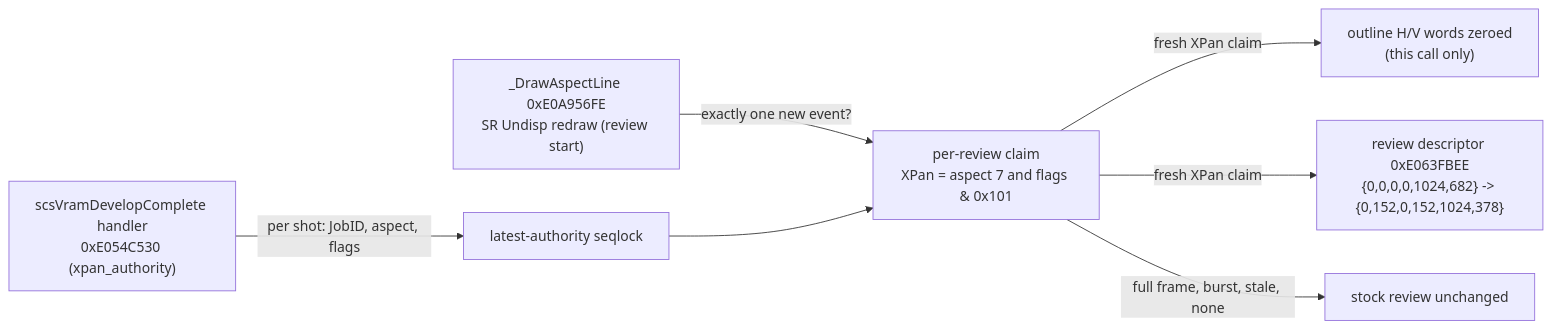
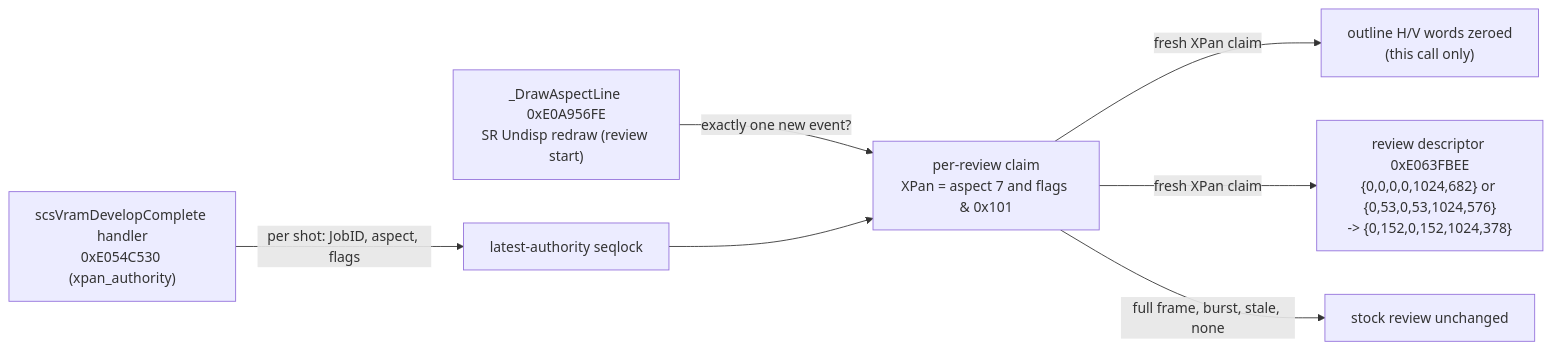
Before and after one commit to WhiteAvocad0/canon-r5-mod: the second of 3 diagrams in docs/xpan.md, drawn with Mermaid. The commit also changed other lines of this file and 18 other files, not shown here.

First line of the commit message:
chore(release): v0.3.1-preview.1, the JPEG-only XPan review fix (#36)

````diff
--- a/docs/xpan.md
+++ b/docs/xpan.md
@@ -69,9 +70,9 @@
 ```mermaid
 flowchart LR
     Job["scsVramDevelopComplete handler<br/>0xE054C530 (xpan_authority)"] -->|"per shot: JobID, aspect, flags"| Latest["latest-authority seqlock"]
     Start["_DrawAspectLine 0xE0A956FE<br/>SR Undisp redraw (review start)"] -->|"exactly one new event?"| Claim["per-review claim<br/>XPan = aspect 7 and flags & 0x101"]
     Latest --> Claim
     Claim -->|"fresh XPan claim"| Hide["outline H/V words zeroed<br/>(this call only)"]
-    Claim -->|"fresh XPan claim"| Crop["review descriptor 0xE063FBEE<br/>{0,0,0,0,1024,682} -> {0,152,0,152,1024,378}"]
+    Claim -->|"fresh XPan claim"| Crop["review descriptor 0xE063FBEE<br/>{0,0,0,0,1024,682} or {0,53,0,53,1024,576}<br/>-> {0,152,0,152,1024,378}"]
     Claim -->|"full frame, burst, stale, none"| Stock["stock review unchanged"]
 ```
````
